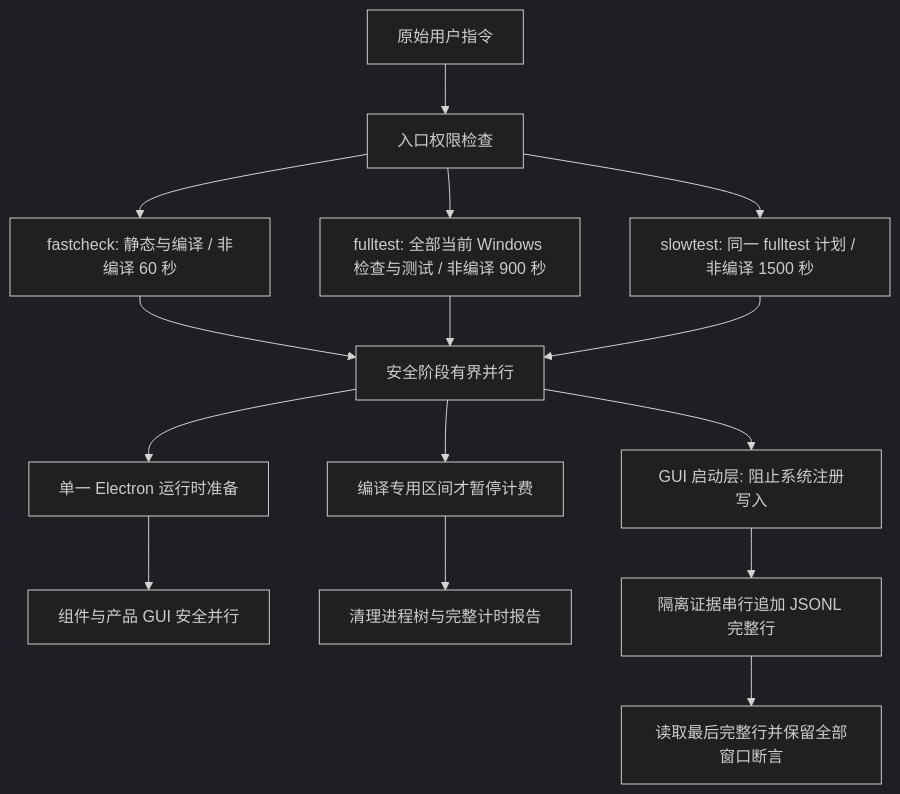
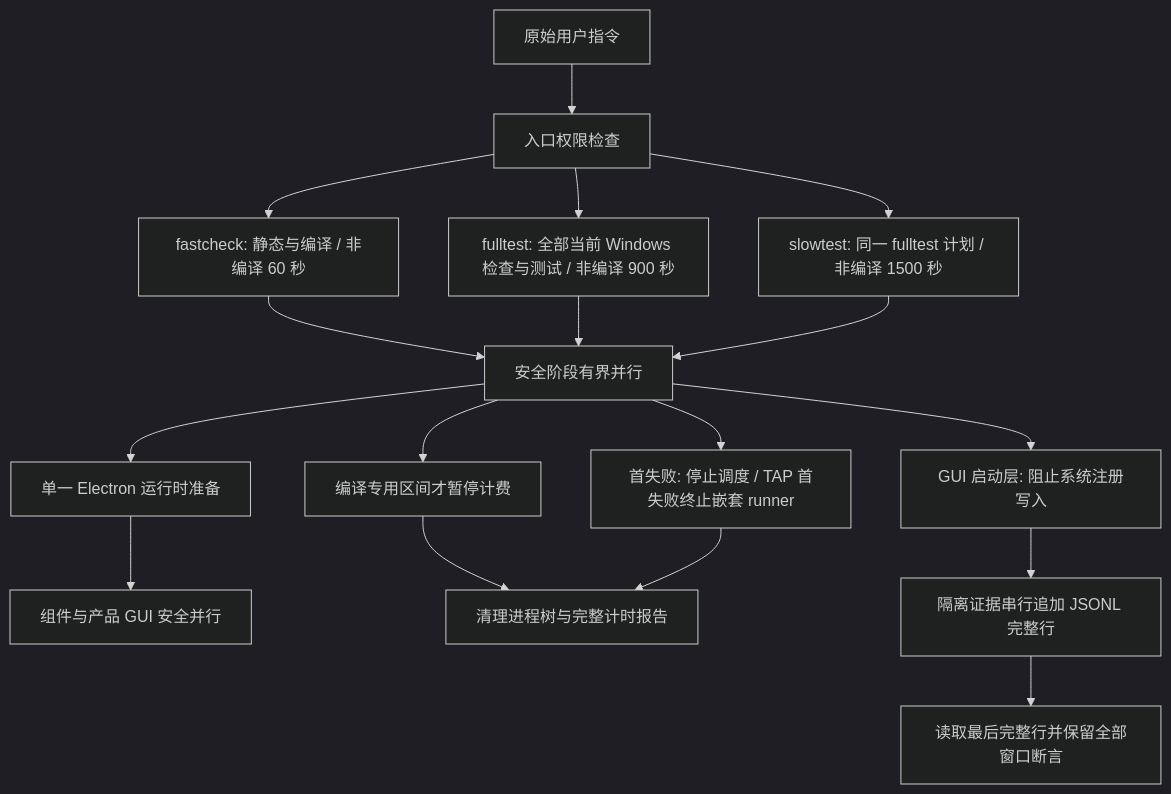
The diagram in docs/requirements/test-gates.md (jchanghong023/OmpCode), drawn with Mermaid (dark theme) before and after one commit. The commit also changed other lines of this file and 11 other files, not shown here.

````diff
--- a/docs/requirements/test-gates.md
+++ b/docs/requirements/test-gates.md
@@ -20,17 +21,19 @@
 ```mermaid
 flowchart TD
   A[原始用户指令] --> B[入口权限检查]
   B --> C[fastcheck: 静态与编译 / 非编译 60 秒]
   B --> D[fulltest: 全部当前 Windows 检查与测试 / 非编译 900 秒]
   B --> E[slowtest: 同一 fulltest 计划 / 非编译 1500 秒]
   C --> F[安全阶段有界并行]
   D --> F
   E --> F
   F --> H[编译专用区间才暂停计费]
   F --> L[单一 Electron 运行时准备]
   L --> M[组件与产品 GUI 安全并行]
   H --> G[清理进程树与完整计时报告]
   F --> I[GUI 启动层: 阻止系统注册写入]
   I --> J[隔离证据串行追加 JSONL 完整行]
   J --> K[读取最后完整行并保留全部窗口断言]
+  F --> N[首失败: 停止调度 / TAP 首失败终止嵌套 runner]
+  N --> G
 ```
````
